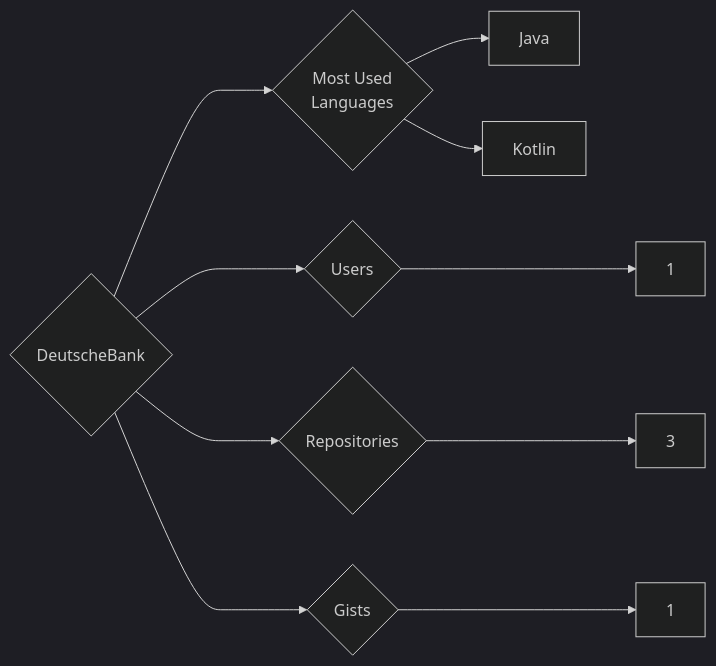
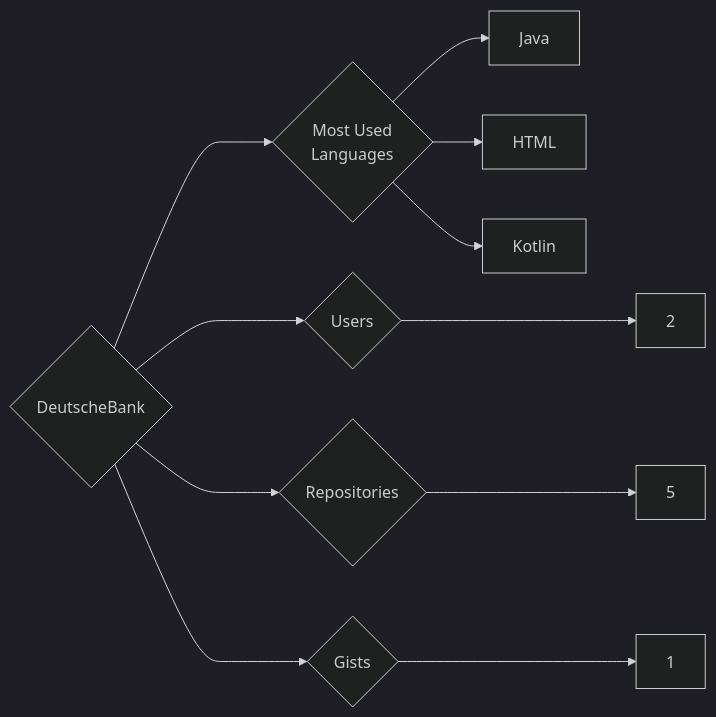
The diagram in targets/DeutscheBank/README.md (trickest/insiders), drawn with Mermaid (dark theme) before and after one commit. The commit also changed 1007 other files, not shown here.

````diff
--- a/targets/DeutscheBank/README.md
+++ b/targets/DeutscheBank/README.md
@@ -3,10 +3,11 @@
 ```mermaid
 graph LR
 COMPANY_NAME{DeutscheBank}
-COMPANY_NAME ---> U{Users} ---> UN[1]
-COMPANY_NAME ---> R{Repositories} ---> RN[3]
+COMPANY_NAME ---> U{Users} ---> UN[2]
+COMPANY_NAME ---> R{Repositories} ---> RN[5]
 COMPANY_NAME ---> G{Gists} ---> GN[1]
 COMPANY_NAME ---> ML{Most Used<br>Languages}
 ML --> Java[Java]
+ML --> HTML[HTML]
 ML --> Kotlin[Kotlin]
 ```
````
